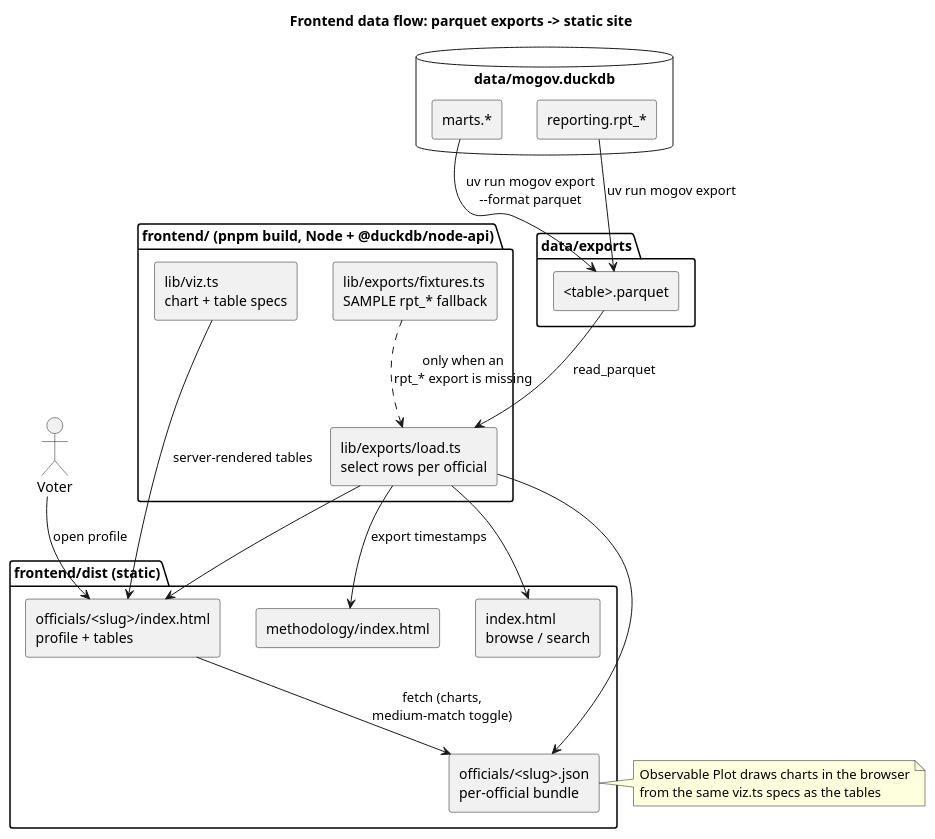
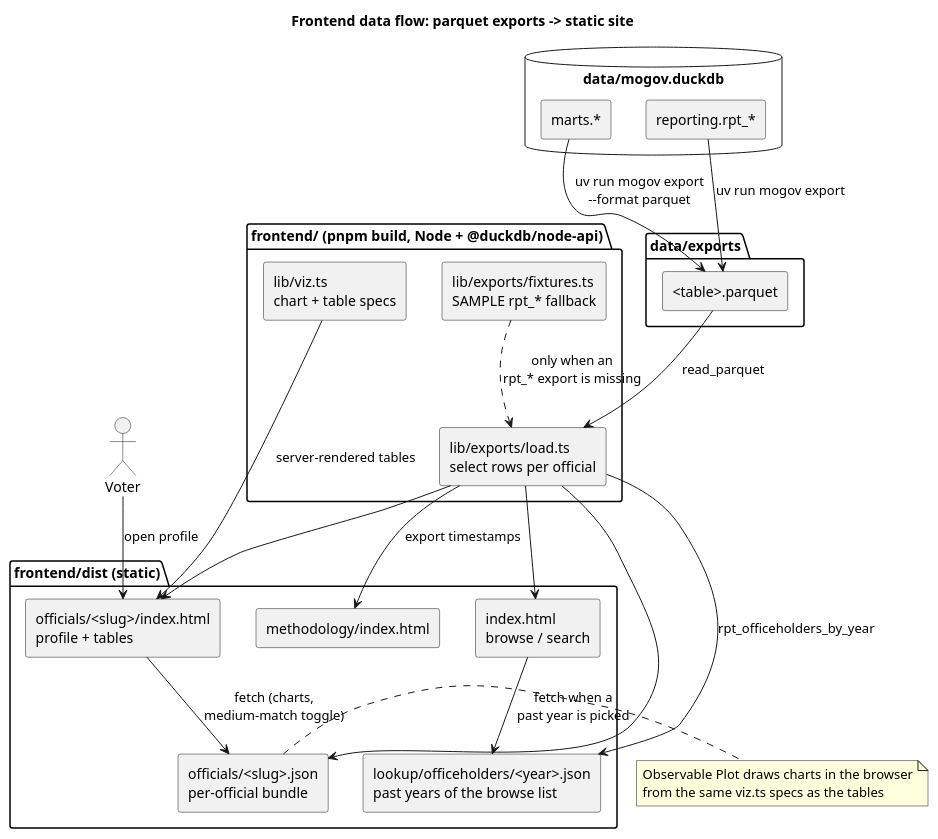
The diagram in docs/diagrams/frontend_data_flow.puml (akettmann/missouri_gov_feed), drawn with PlantUML before and after one commit. The commit also changed 19 other files, not shown here.

First line of the commit message:
Officials list: current officeholders by default, year look-back, office tiles

```diff
--- a/docs/diagrams/frontend_data_flow.puml
+++ b/docs/diagrams/frontend_data_flow.puml
@@ -1,44 +1,47 @@
 @startuml frontend_data_flow
 title Frontend data flow: parquet exports -> static site
 skinparam componentStyle rectangle
 
 database "data/mogov.duckdb" as wh {
   [marts.*] as marts
   [reporting.rpt_*] as rpt
 }
 
 folder "data/exports" as exports {
   [<table>.parquet] as pq
 }
 
 package "frontend/ (pnpm build, Node + @duckdb/node-api)" {
   [lib/exports/load.ts\nselect rows per official] as load
   [lib/exports/fixtures.ts\nSAMPLE rpt_* fallback] as fixtures
   [lib/viz.ts\nchart + table specs] as viz
 }
 
 folder "frontend/dist (static)" as dist {
   [index.html\nbrowse / search] as idx
+  [lookup/officeholders/<year>.json\npast years of the browse list] as yearjson
   [officials/<slug>/index.html\nprofile + tables] as page
   [officials/<slug>.json\nper-official bundle] as json
   [methodology/index.html] as meth
 }
 
 actor Voter as voter
 
 marts --> pq : uv run mogov export\n--format parquet
 rpt --> pq : uv run mogov export
 pq --> load : read_parquet
 fixtures ..> load : only when an\nrpt_* export is missing
 load --> idx
+load --> yearjson : rpt_officeholders_by_year
+idx --> yearjson : fetch when a\npast year is picked
 load --> page
 load --> json
 load --> meth : export timestamps
 viz --> page : server-rendered tables
 voter --> page : open profile
 page --> json : fetch (charts,\nmedium-match toggle)
 note right of json
   Observable Plot draws charts in the browser
   from the same viz.ts specs as the tables
 end note
 @enduml
```
